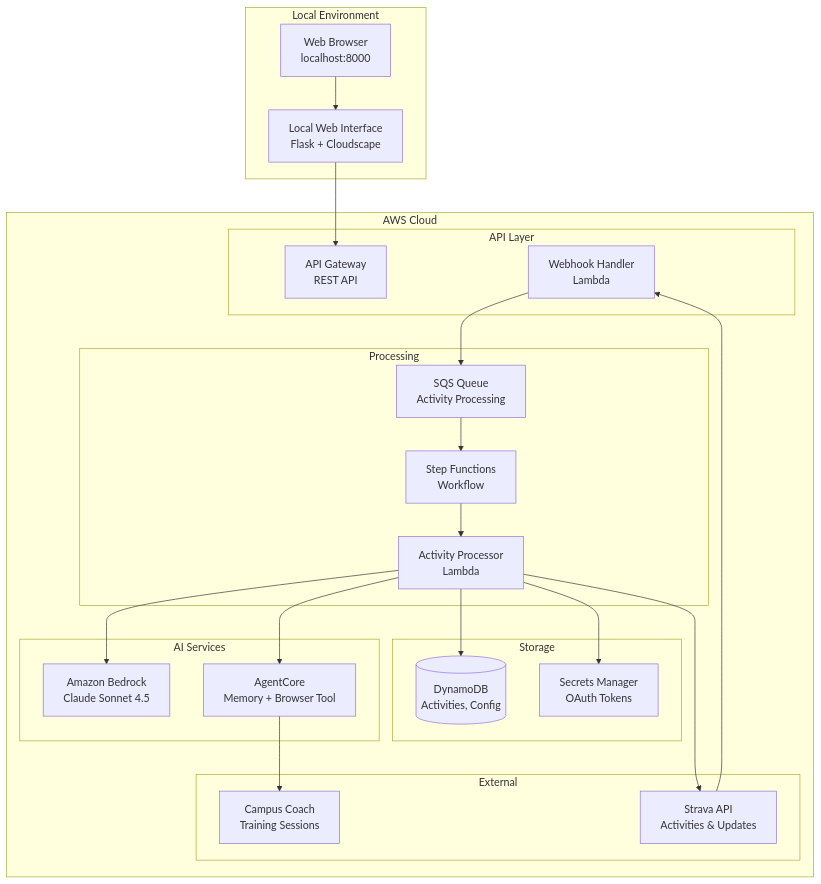
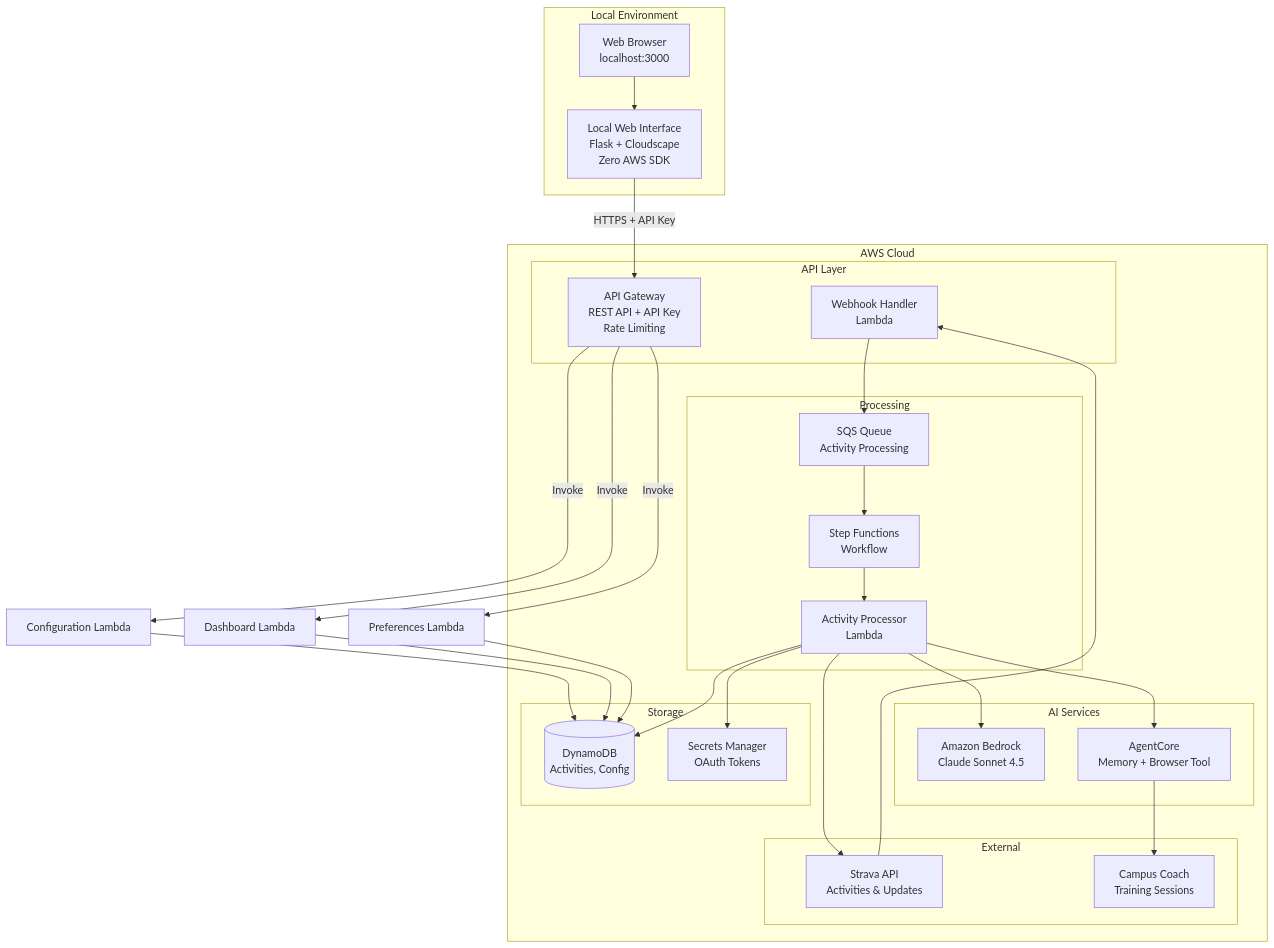
Before and after one commit to el-pedrito/strava-ai-boost: the first of 2 diagrams in README.md, drawn with Mermaid. The commit also changed other lines of this file and 17 other files, not shown here.

First line of the commit message:
feat: Complete API Gateway migration with security and Enduraw optimization

````diff
--- a/README.md
+++ b/README.md
@@ -139,48 +147,54 @@
 ```mermaid
 graph TB
     subgraph "Local Environment"
-        UI[Local Web Interface<br/>Flask + Cloudscape]
-        Browser[Web Browser<br/>localhost:8000]
+        UI[Local Web Interface<br/>Flask + Cloudscape<br/>Zero AWS SDK]
+        Browser[Web Browser<br/>localhost:3000]
     end
     
     subgraph "AWS Cloud"
         subgraph "API Layer"
-            APIGW[API Gateway<br/>REST API]
+            APIGW[API Gateway<br/>REST API + API Key<br/>Rate Limiting]
             Webhook[Webhook Handler<br/>Lambda]
         end
         
         subgraph "Processing"
             SQS[SQS Queue<br/>Activity Processing]
             SF[Step Functions<br/>Workflow]
             Processor[Activity Processor<br/>Lambda]
         end
         
         subgraph "AI Services"
             Bedrock[Amazon Bedrock<br/>Claude Sonnet 4.5]
             AgentCore[AgentCore<br/>Memory + Browser Tool]
         end
         
         subgraph "Storage"
             DDB[(DynamoDB<br/>Activities, Config)]
             Secrets[Secrets Manager<br/>OAuth Tokens]
         end
         
         subgraph "External"
             Strava[Strava API<br/>Activities & Updates]
             Campus[Campus Coach<br/>Training Sessions]
         end
     end
     
     Browser --> UI
-    UI --> APIGW
+    UI -->|HTTPS + API Key| APIGW
+    APIGW -->|Invoke| ConfigAPI[Configuration Lambda]
+    APIGW -->|Invoke| DashAPI[Dashboard Lambda]
+    APIGW -->|Invoke| PrefAPI[Preferences Lambda]
+    ConfigAPI --> DDB
+    DashAPI --> DDB
+    PrefAPI --> DDB
     Strava --> Webhook
     Webhook --> SQS
     SQS --> SF
     SF --> Processor
     Processor --> Bedrock
     Processor --> AgentCore
     Processor --> DDB
     Processor --> Secrets
     Processor --> Strava
     AgentCore --> Campus
 ```
````
